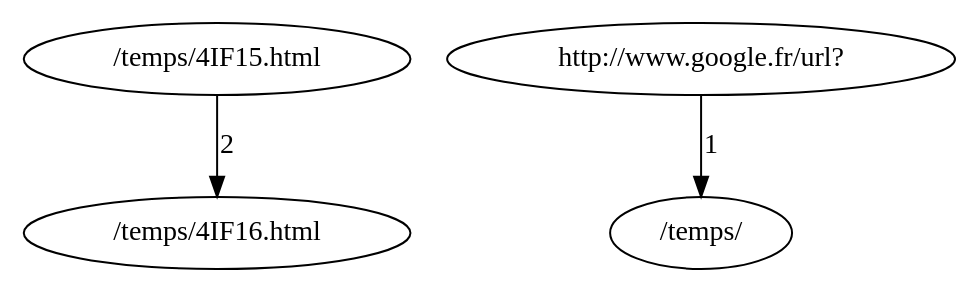
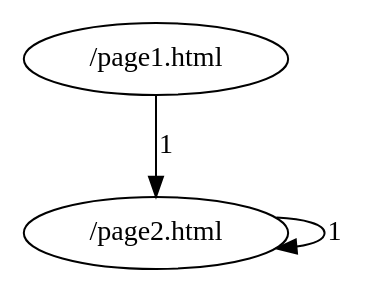
One commit to TiboREM/B3429 changed the diagram in CPP/GrapheLog/Code/test.dot. Above: the diagram before and after it, drawn with Graphviz. The commit also changed 8 other files, not shown here.

Commit message:
CPP framework personalisé et début de test, l'exécution du script CPP/GrapheLog/Code/test.sh done une image fause :(

```diff
--- a/CPP/GrapheLog/Code/test.dot
+++ b/CPP/GrapheLog/Code/test.dot
@@ -1,8 +1,6 @@
 digraph {
-node1 [label="/temps/4IF15.html"];
-node3 [label="http://www.google.fr/url?"];
-node2 [label="/temps/"];
-node0 [label="/temps/4IF16.html"];
-node3 -> node2 [label="1"]
-node1 -> node0 [label="2"]
+node1 [label="/page1.html"];
+node0 [label="/page2.html"];
+node0 -> node0 [label="1"]
+node1 -> node0 [label="1"]
 }
```
